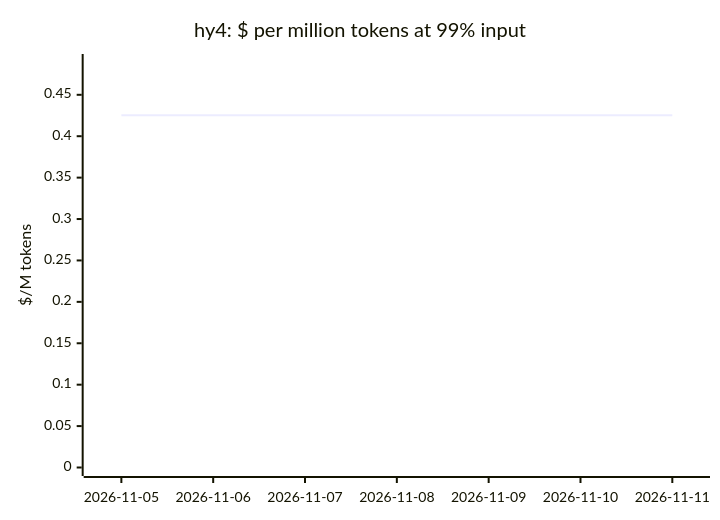
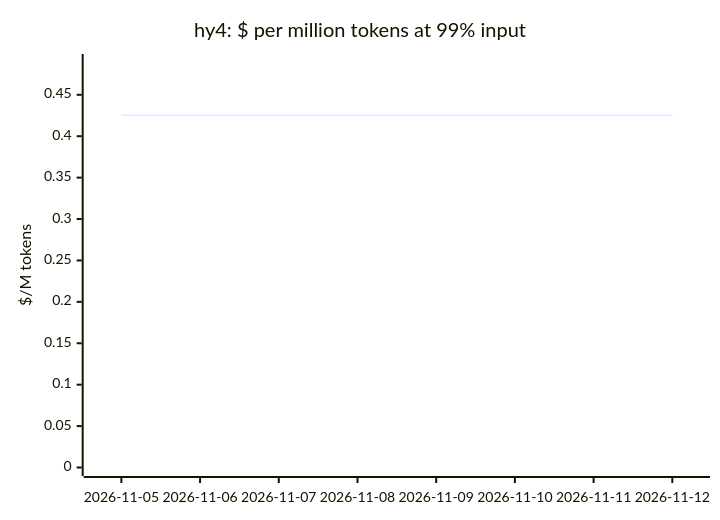
Before and after one commit to cklukas/OMEGA_TRANSFORM: diagram 16 of 19 in docs/openrouter-models.md, drawn with Mermaid. The commit also changed other lines of this file and 47 other files, not shown here.

````diff
--- a/docs/openrouter-models.md
+++ b/docs/openrouter-models.md
@@ -276,7 +276,7 @@
 ```mermaid
 xychart-beta
     title "hy4: $ per million tokens at 99% input"
-    x-axis ["2026-11-05", "2026-11-06", "2026-11-07", "2026-11-08", "2026-11-09", "2026-11-10", "2026-11-11"]
+    x-axis ["2026-11-05", "2026-11-06", "2026-11-07", "2026-11-08", "2026-11-09", "2026-11-10", "2026-11-11", "2026-11-12"]
     y-axis "$/M tokens" 0 --> 0.489
-    line [0.4254, 0.4254, 0.4254, 0.4254, 0.4254, 0.4254, 0.4254]
+    line [0.4254, 0.4254, 0.4254, 0.4254, 0.4254, 0.4254, 0.4254, 0.4254]
 ```
````
